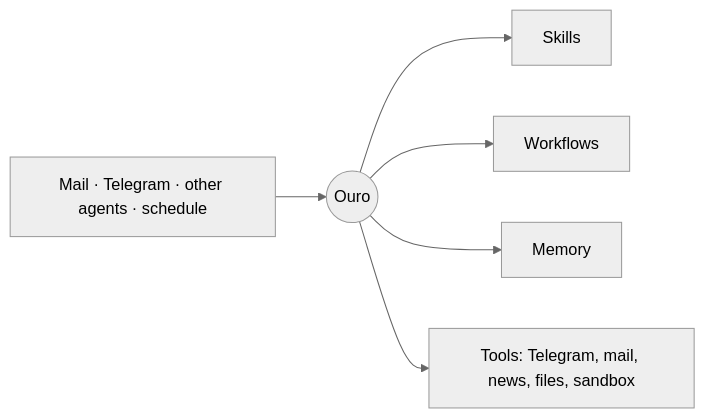
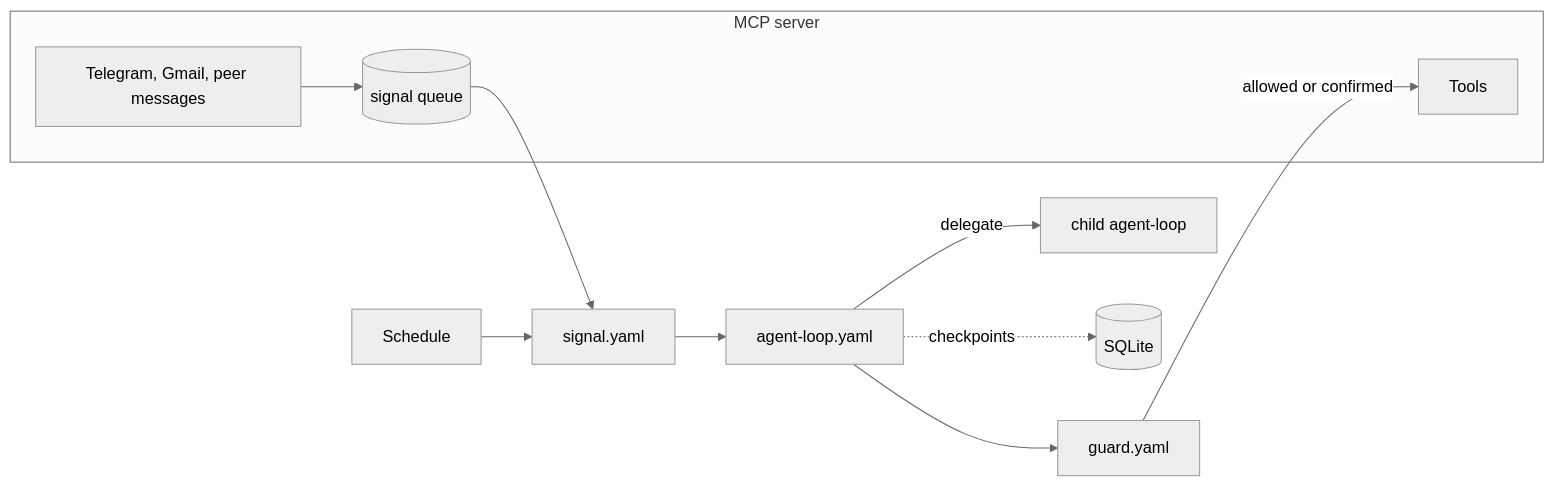
One commit to Ch4mpl00/ouro-agent changed the diagram in README.md. Above: the diagram before and after it, drawn with Mermaid (neutral theme). The commit also changed other lines of this file and 1 other file, not shown here.

````diff
--- a/README.md
+++ b/README.md
@@ -140,8 +61,14 @@
 ```mermaid
 flowchart LR
-    E[Mail · Telegram · other agents · schedule] --> O((Ouro))
-    O --> S[Skills]
-    O --> W[Workflows]
-    O --> M[Memory]
-    O --> T[Tools: Telegram, mail, news, files, sandbox]
+    subgraph mcp [MCP server]
+      P[Telegram, Gmail, peer messages] --> Q[(signal queue)]
+      T[Tools]
+    end
+    Q --> S[signal.yaml]
+    C[Schedule] --> S
+    S --> L[agent-loop.yaml]
+    L --> G[guard.yaml]
+    G -->|allowed or confirmed| T
+    L -->|delegate| W[child agent-loop]
+    L -.checkpoints.-> D[(SQLite)]
 ```
````
